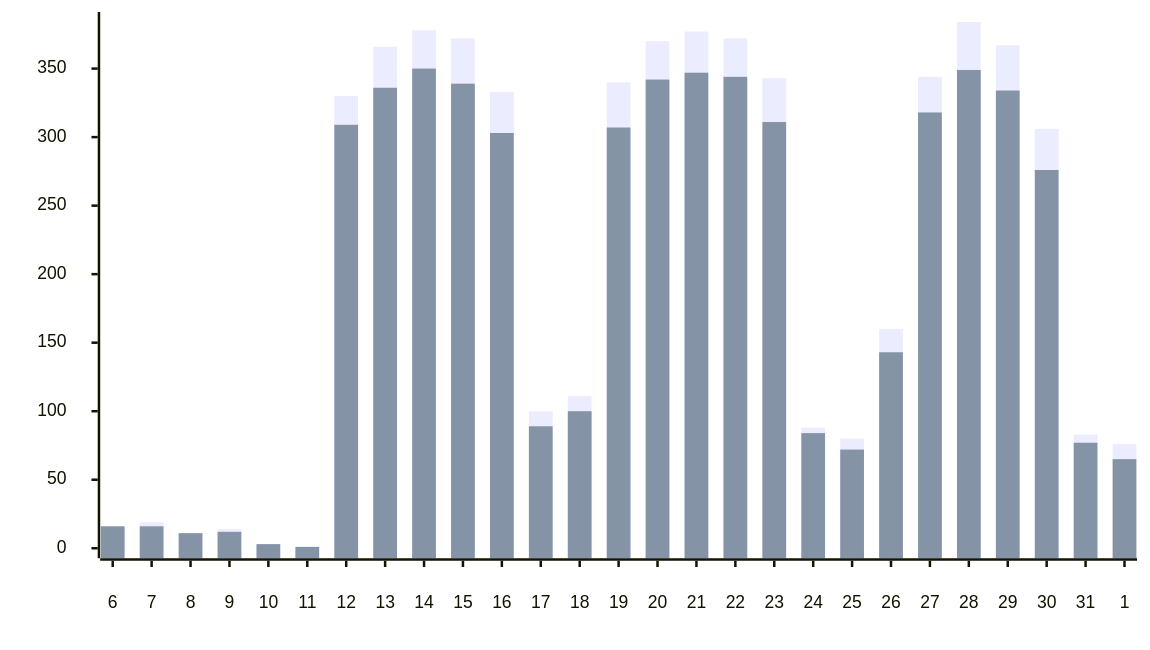
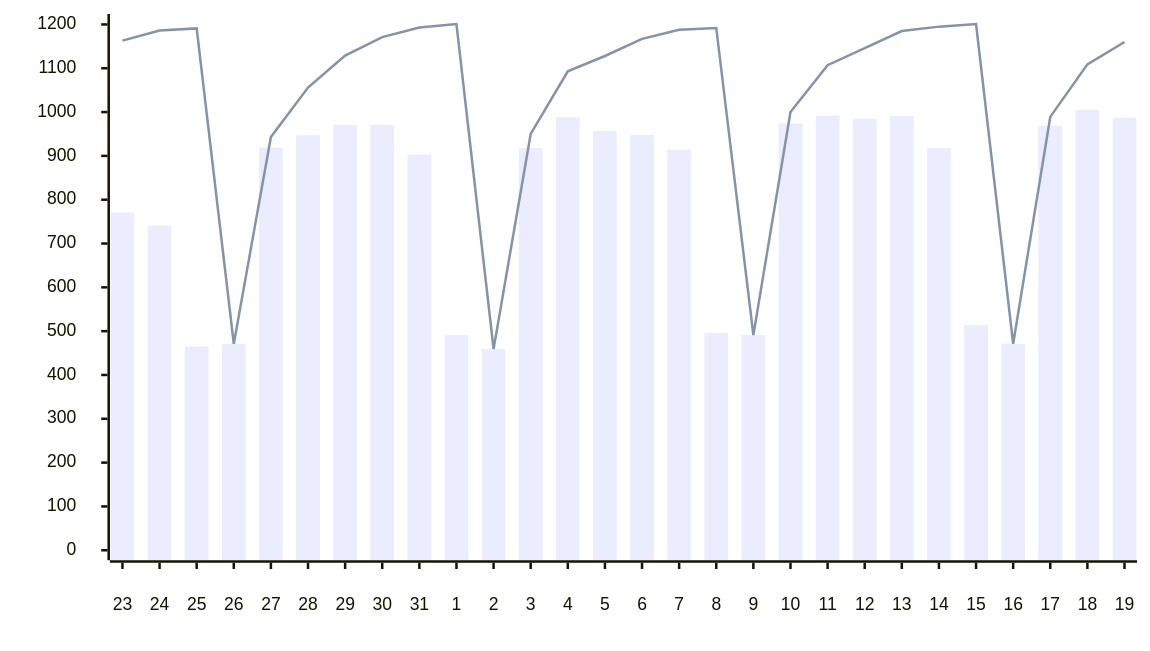
The first of 9 diagrams in __tests__/mock/sample-output.md (austenstone/copilot-usage), drawn with Mermaid before and after one commit. The commit also changed other lines of this file and 20 other files, not shown here.

````diff
--- a/__tests__/mock/sample-output.md
+++ b/__tests__/mock/sample-output.md
@@ -6,21 +6,21 @@
 ```mermaid
 ---
 config:
     xyChart:
         width: 900
         height: 500
         xAxis:
             labelPadding: 20
         yAxis:
             labelPadding: 20
     themeVariables:
         xyChart:
             backgroundColor: "transparent"
 ---
 xychart-beta
 
-  x-axis  [6, 7, 8, 9, 10, 11, 12, 13, 14, 15, 16, 17, 18, 19, 20, 21, 22, 23, 24, 25, 26, 27, 28, 29, 30, 31, 1]
-  y-axis  0 --> 384
-bar  [16, 19, 11, 14, 3, 1, 330, 366, 378, 372, 333, 100, 111, 340, 370, 377, 372, 343, 88, 80, 160, 344, 384, 367, 306, 83, 76]
-bar  [16, 16, 11, 12, 3, 1, 309, 336, 350, 339, 303, 89, 100, 307, 342, 347, 344, 311, 84, 72, 143, 318, 349, 334, 276, 77, 65]
+  x-axis  [23, 24, 25, 26, 27, 28, 29, 30, 31, 1, 2, 3, 4, 5, 6, 7, 8, 9, 10, 11, 12, 13, 14, 15, 16, 17, 18, 19]
+  y-axis  0 --> 1201
+bar  [771, 741, 465, 471, 919, 947, 971, 971, 903, 491, 459, 918, 988, 957, 948, 914, 496, 491, 974, 992, 985, 991, 918, 514, 471, 969, 1005, 987]
+line  [1163, 1186, 1191, 471, 943, 1056, 1129, 1171, 1193, 1201, 459, 950, 1093, 1128, 1167, 1188, 1192, 491, 1000, 1107, 1146, 1185, 1195, 1201, 471, 989, 1109, 1160]
 ```
````
